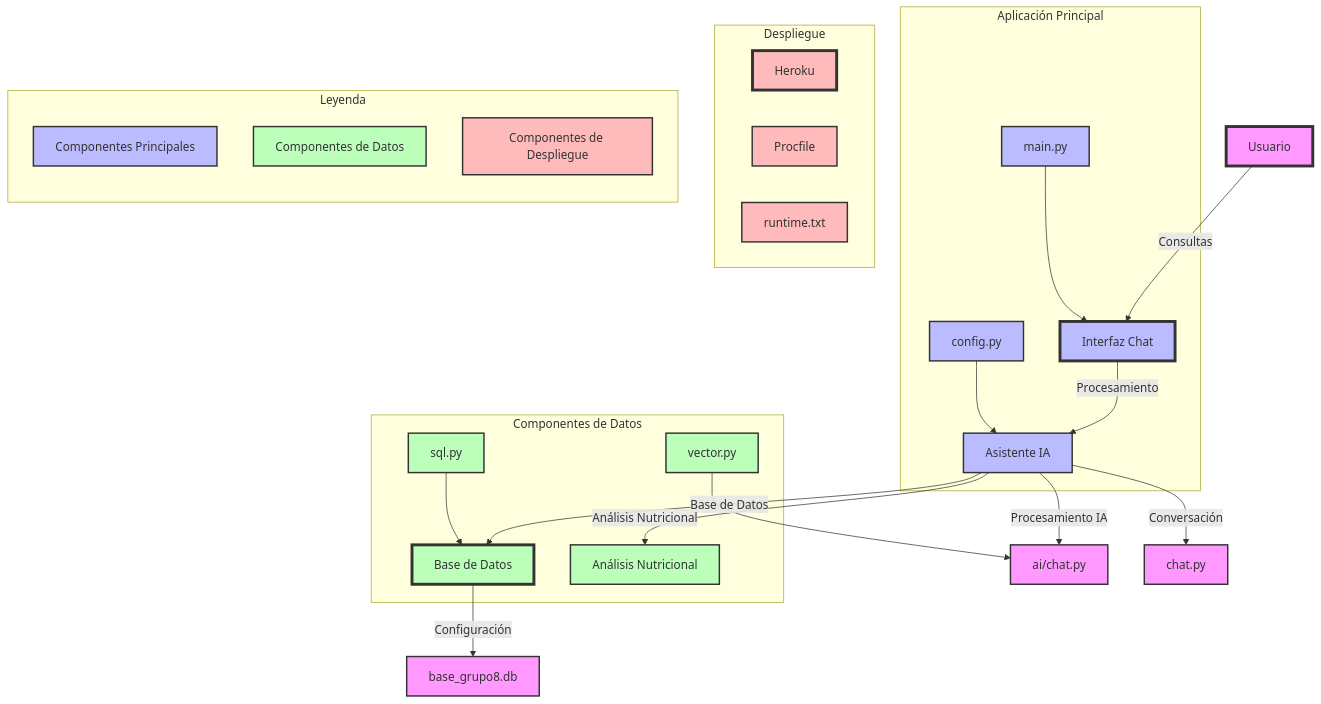
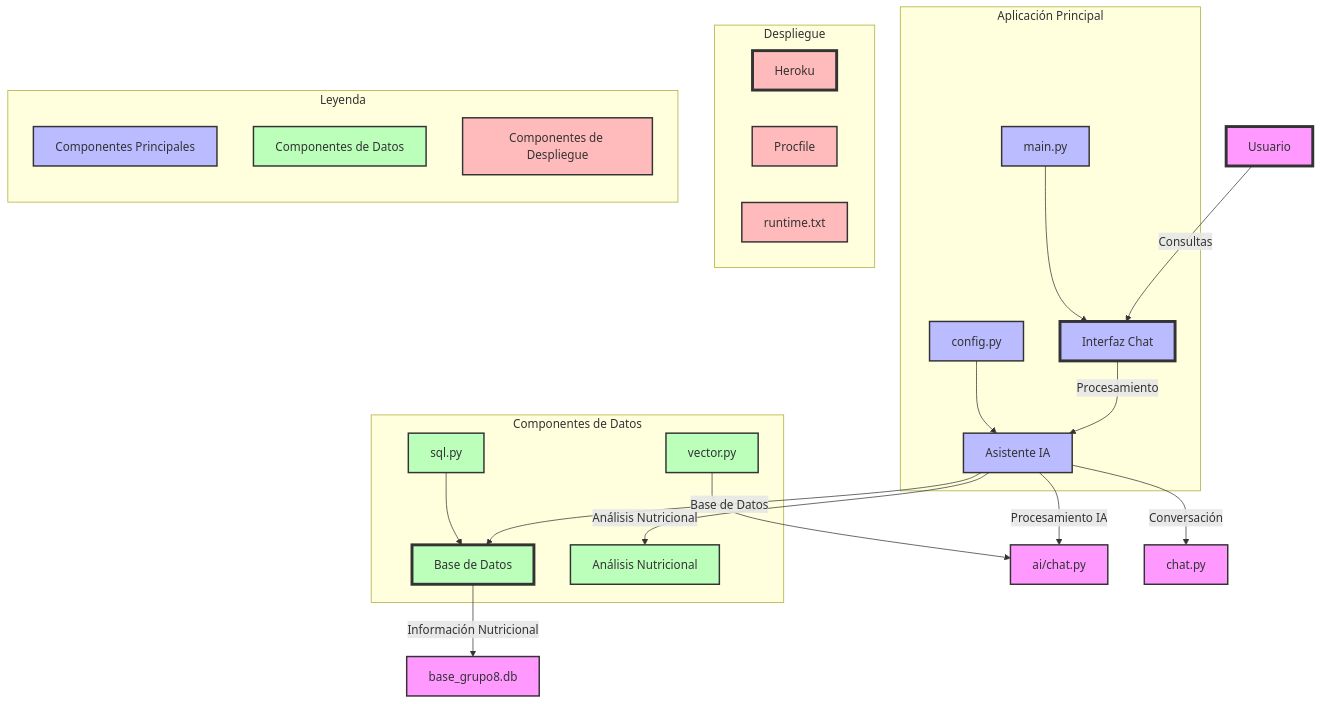
Before and after one commit to leorojascas/Grupo8: the diagram in architecture.md, drawn with Mermaid.

````diff
--- a/architecture.md
+++ b/architecture.md
@@ -1,71 +1,71 @@
 ```mermaid
 graph TD
     %% Nodes
     User[Usuario] -->|Consultas| ChatInterface[Interfaz Chat]
     ChatInterface -->|Procesamiento| AIAssistant[Asistente IA]
     AIAssistant -->|Base de Datos| Database[Base de Datos]
     AIAssistant -->|Análisis Nutricional| NutrientAnalysis[Análisis Nutricional]
 
     %% Subgraphs
     subgraph Aplicación Principal
         ChatInterface
         AIAssistant
         EntryPoint[main.py]
         AppConfig[config.py]
     end
 
     subgraph Componentes de Datos
         Database
         NutrientAnalysis
         SQLModule[sql.py]
         VectorProcessor[vector.py]
     end
 
     %% Database Details
-    Database -->|Configuración| Config[base_grupo8.db]
+    Database -->|Información Nutricional| Config[base_grupo8.db]
     SQLModule --> Database
     VectorProcessor --> AILogic
 
     %% AI Components
     AIAssistant -->|Conversación| ChatLogic[chat.py]
     AIAssistant -->|Procesamiento IA| AILogic[ai/chat.py]
 
     %% Entry point y configuración
     EntryPoint --> ChatInterface
     AppConfig --> AIAssistant
 
     %% Deployment
     subgraph Despliegue
         Heroku[Heroku]
         Procfile[Procfile]
         Runtime[runtime.txt]
     end
 
     %% Styling
     classDef default fill:#f9f,stroke:#333,stroke-width:2px
     classDef primary fill:#bbf,stroke:#333,stroke-width:2px
     classDef data fill:#bfb,stroke:#333,stroke-width:2px
     classDef deployment fill:#fbb,stroke:#333,stroke-width:2px
 
     class User,ChatInterface,AIAssistant,EntryPoint,AppConfig primary
     class Database,NutrientAnalysis,SQLModule,VectorProcessor data
     class Heroku,Procfile,Runtime deployment
 
     %% Legend
     subgraph Leyenda
         direction TB
         Primary[Componentes Principales]
         Data[Componentes de Datos]
         Deployment[Componentes de Despliegue]
     end
 
     class Primary primary
     class Data data
     class Deployment deployment
 
     %% Connections
     style User fill:#f9f,stroke:#333,stroke-width:4px
     style ChatInterface fill:#bbf,stroke:#333,stroke-width:4px
     style Database fill:#bfb,stroke:#333,stroke-width:4px
     style Heroku fill:#fbb,stroke:#333,stroke-width:4px
 ```
````
